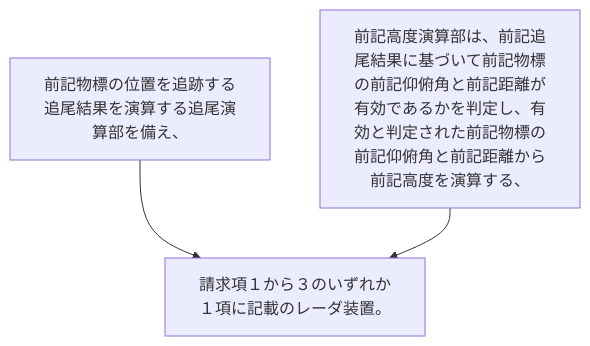
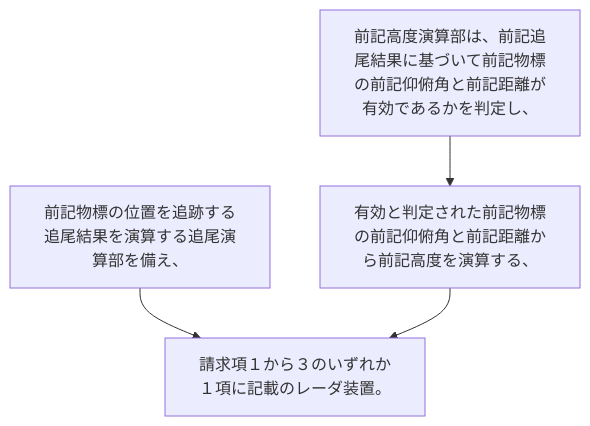
The diagram in 2024/JP2024021637A/claim_4/README.md (shinmori55/patent_analyzed), drawn with Mermaid before and after one commit. The commit also changed 336 other files, not shown here.

````diff
--- a/2024/JP2024021637A/claim_4/README.md
+++ b/2024/JP2024021637A/claim_4/README.md
@@ -4,8 +4,10 @@
 ```mermaid
 flowchart TD
 A[前記物標の位置を追跡する追尾結果を演算する追尾演算部を備え、]
-B[前記高度演算部は、前記追尾結果に基づいて前記物標の前記仰俯角と前記距離が有効であるかを判定し、有効と判定された前記物標の前記仰俯角と前記距離から前記高度を演算する、]
-C[請求項１から３のいずれか１項に記載のレーダ装置。]
-A --> C
+B[前記高度演算部は、前記追尾結果に基づいて前記物標の前記仰俯角と前記距離が有効であるかを判定し、]
+C[有効と判定された前記物標の前記仰俯角と前記距離から前記高度を演算する、]
+D[請求項１から３のいずれか１項に記載のレーダ装置。]
+A --> D
 B --> C
+C --> D
 ```
````
